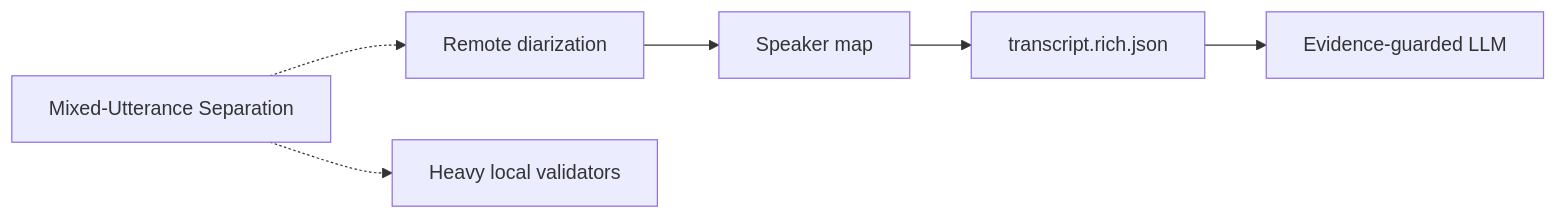
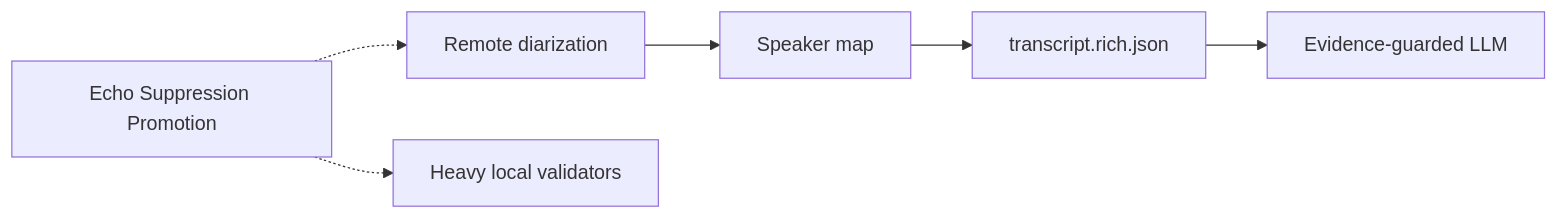
Before and after one commit to asukhodko/murmurmark: the third of 4 diagrams in docs/roadmap/murmurmark-cli-roadmap.md, drawn with Mermaid. The commit also changed other lines of this file and 14 other files, not shown here.

Commit message:
feat: add mixed utterance span evidence

````diff
--- a/docs/roadmap/murmurmark-cli-roadmap.md
+++ b/docs/roadmap/murmurmark-cli-roadmap.md
@@ -124,12 +133,12 @@
 ```mermaid
 flowchart LR
-    Q["Mixed-Utterance Separation"]
+    Q["Echo Suppression Promotion"]
     D["Remote diarization"]
     S["Speaker map"]
     T["transcript.rich.json"]
     V["Heavy local validators"]
     L["Evidence-guarded LLM"]
 
     Q -.-> D --> S --> T --> L
     Q -.-> V
 ```
````
